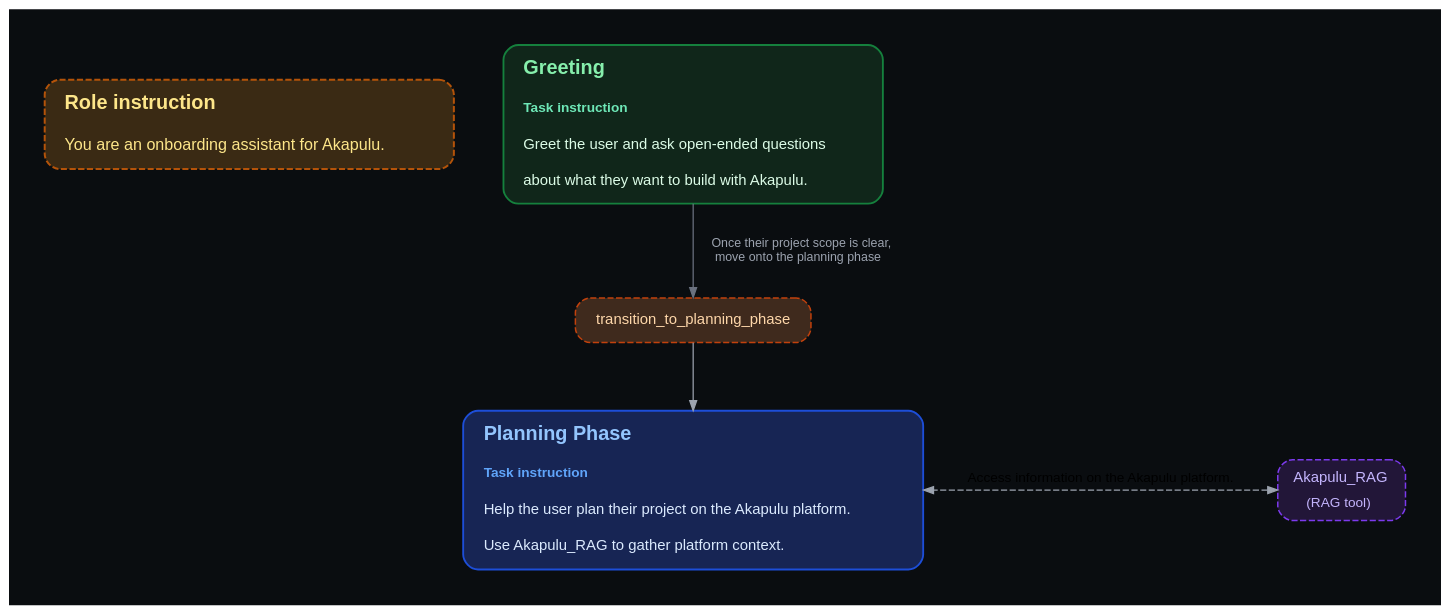
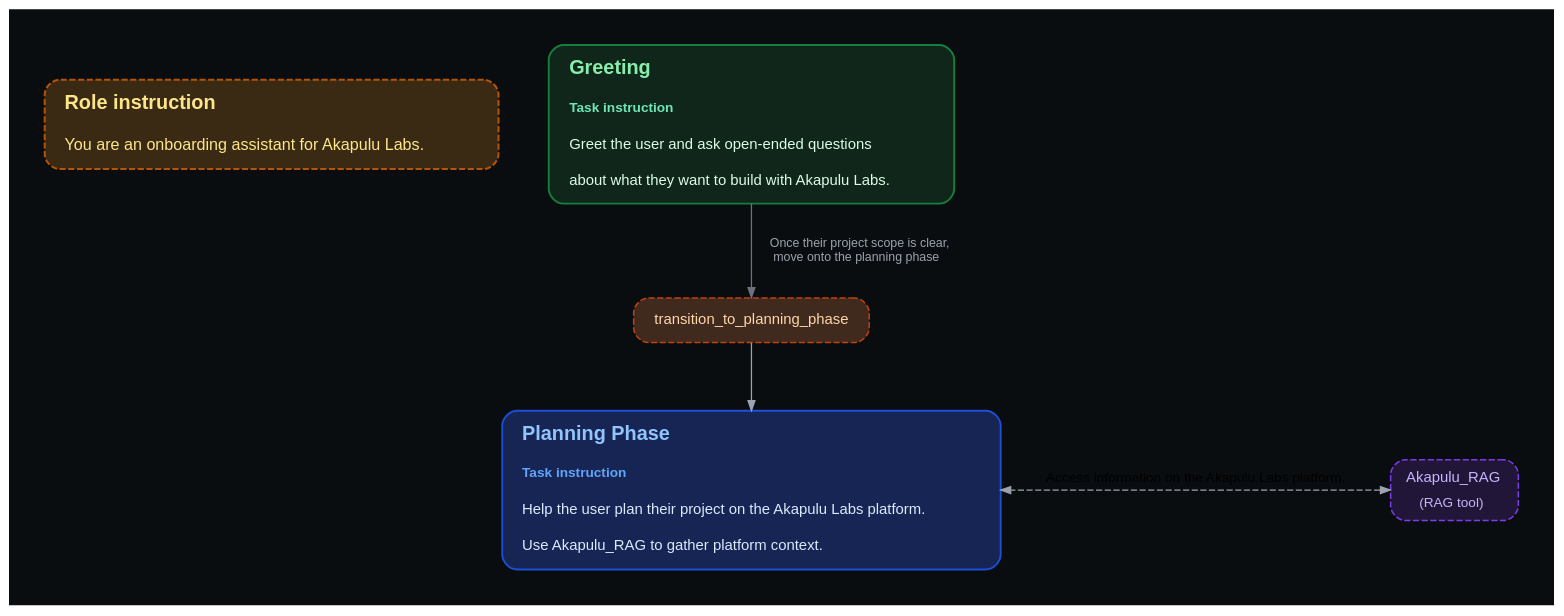
The diagram in images/guides/scenarios/overview/scenario-outline.dot (william-akapulu/docs), drawn with Graphviz before and after one commit. The commit also changed 8 other files, not shown here.

Commit message:
Relabel pipeline and scenario diagrams as Akapulu Labs.

```diff
--- a/images/guides/scenarios/overview/scenario-outline.dot
+++ b/images/guides/scenarios/overview/scenario-outline.dot
@@ -1,107 +1,107 @@
 digraph ScenarioOutline {
   graph [
     rankdir=TB,
     bgcolor="#0a0d10",
     pad="0.4",
     nodesep="0.55",
     ranksep="0.75",
     splines=true
   ];
 
   node [
     shape=box,
     style="rounded,filled",
     fontname="Helvetica",
     color="#475569"
   ];
 
   edge [
     color="#9ca3af",
     fontname="Helvetica",
     fontsize=11,
     arrowsize=0.8
   ];
 
   role_instruction [
     label=<
       <TABLE BORDER="0" CELLBORDER="0" CELLPADDING="8" CELLSPACING="0">
         <TR><TD ALIGN="LEFT"><FONT COLOR="#fde68a" POINT-SIZE="16"><B>Role instruction</B></FONT></TD></TR>
-        <TR><TD ALIGN="LEFT"><FONT COLOR="#fde68a" POINT-SIZE="13">You are an onboarding assistant for Akapulu.</FONT></TD></TR>
+        <TR><TD ALIGN="LEFT"><FONT COLOR="#fde68a" POINT-SIZE="13">You are an onboarding assistant for Akapulu Labs.</FONT></TD></TR>
       </TABLE>
     >,
     fillcolor="#3a2a14",
     color="#b45309",
     style="rounded,dashed,filled",
     penwidth=1.6
   ];
 
   greeting [
     label=<
       <TABLE BORDER="0" CELLBORDER="0" CELLPADDING="8" CELLSPACING="0">
         <TR><TD ALIGN="LEFT"><FONT COLOR="#86efac" POINT-SIZE="16"><B>Greeting</B></FONT></TD></TR>
         <TR><TD ALIGN="LEFT"><FONT COLOR="#6ee7b7" POINT-SIZE="11"><B>Task instruction</B></FONT></TD></TR>
         <TR><TD ALIGN="LEFT"><FONT COLOR="#dcfce7" POINT-SIZE="12">Greet the user and ask open-ended questions</FONT></TD></TR>
-        <TR><TD ALIGN="LEFT"><FONT COLOR="#dcfce7" POINT-SIZE="12">about what they want to build with Akapulu.</FONT></TD></TR>
+        <TR><TD ALIGN="LEFT"><FONT COLOR="#dcfce7" POINT-SIZE="12">about what they want to build with Akapulu Labs.</FONT></TD></TR>
       </TABLE>
     >,
     fillcolor="#10261a",
     color="#15803d",
     penwidth=1.5
   ];
 
   planning_phase [
     label=<
       <TABLE BORDER="0" CELLBORDER="0" CELLPADDING="8" CELLSPACING="0">
         <TR><TD ALIGN="LEFT"><FONT COLOR="#93c5fd" POINT-SIZE="16"><B>Planning Phase</B></FONT></TD></TR>
         <TR><TD ALIGN="LEFT"><FONT COLOR="#60a5fa" POINT-SIZE="11"><B>Task instruction</B></FONT></TD></TR>
-        <TR><TD ALIGN="LEFT"><FONT COLOR="#dbeafe" POINT-SIZE="12">Help the user plan their project on the Akapulu platform.</FONT></TD></TR>
+        <TR><TD ALIGN="LEFT"><FONT COLOR="#dbeafe" POINT-SIZE="12">Help the user plan their project on the Akapulu Labs platform.</FONT></TD></TR>
         <TR><TD ALIGN="LEFT"><FONT COLOR="#dbeafe" POINT-SIZE="12">Use Akapulu_RAG to gather platform context.</FONT></TD></TR>
       </TABLE>
     >,
     fillcolor="#172554",
     color="#1d4ed8",
     penwidth=1.5
   ];
 
   transition_to_planning_phase [
     label="transition_to_planning_phase",
     fillcolor="#3f2a1d",
     color="#c2410c",
     fontcolor="#fed7aa",
     style="rounded,dashed,filled",
     fontsize=12,
     penwidth=1.2
   ];
 
   akapulu_rag [
     label=<
       <TABLE BORDER="0" CELLBORDER="0" CELLPADDING="4" CELLSPACING="0">
         <TR><TD ALIGN="CENTER"><FONT POINT-SIZE="12">Akapulu_RAG</FONT></TD></TR>
         <TR><TD ALIGN="CENTER"><FONT POINT-SIZE="11">(RAG tool)</FONT></TD></TR>
       </TABLE>
     >,
     fillcolor="#221638",
     color="#7c3aed",
     fontcolor="#c4b5fd",
     style="rounded,dashed,filled",
     fontsize=12,
     penwidth=1.2
   ];
 
   { rank=same; akapulu_rag; planning_phase; }
 
   greeting -> transition_to_planning_phase [
     label="   Once their project scope is clear,\nmove onto the planning phase",
     fontsize=10,
     fontcolor="#9ca3af",
     color="#6b7280"
   ];
   akapulu_rag -> planning_phase [
-    label="Access information on the Akapulu platform.",
+    label="Access information on the Akapulu Labs platform.",
     style="dashed",
     dir="both",
     constraint=false
   ];
 
   transition_to_planning_phase -> planning_phase;
 }
```
